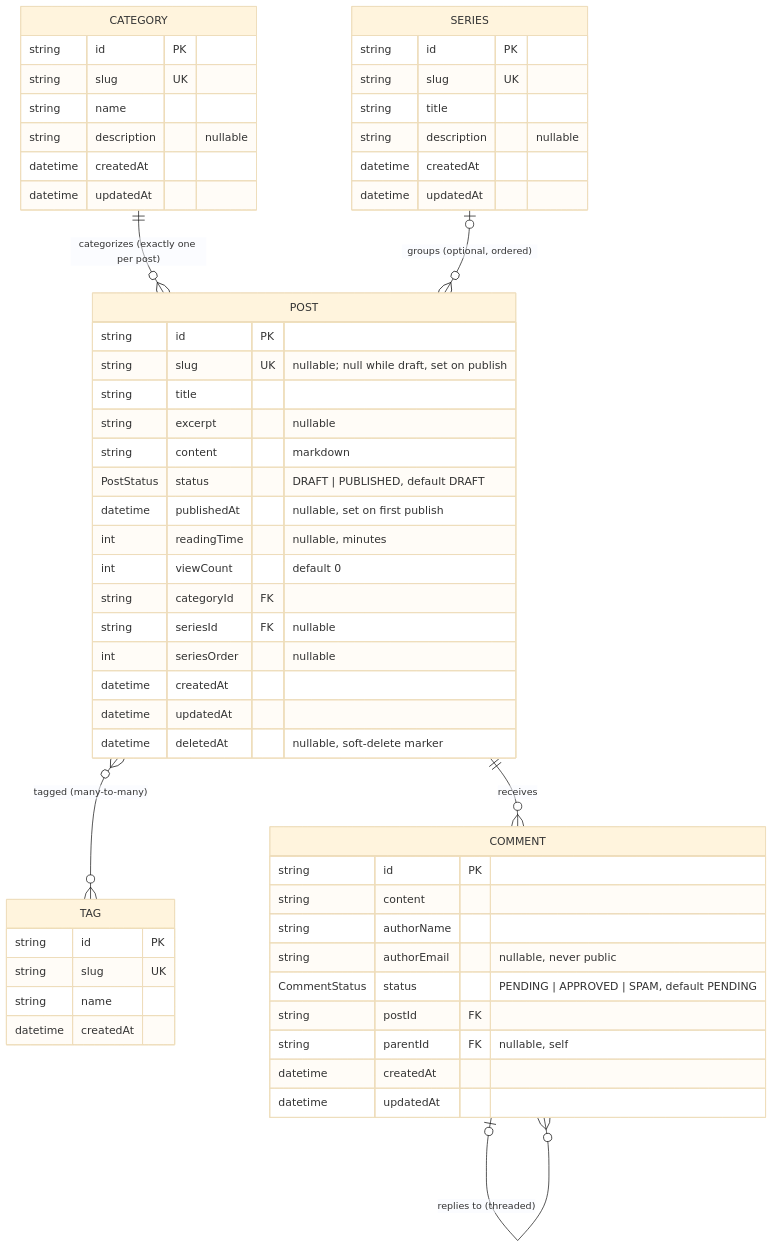
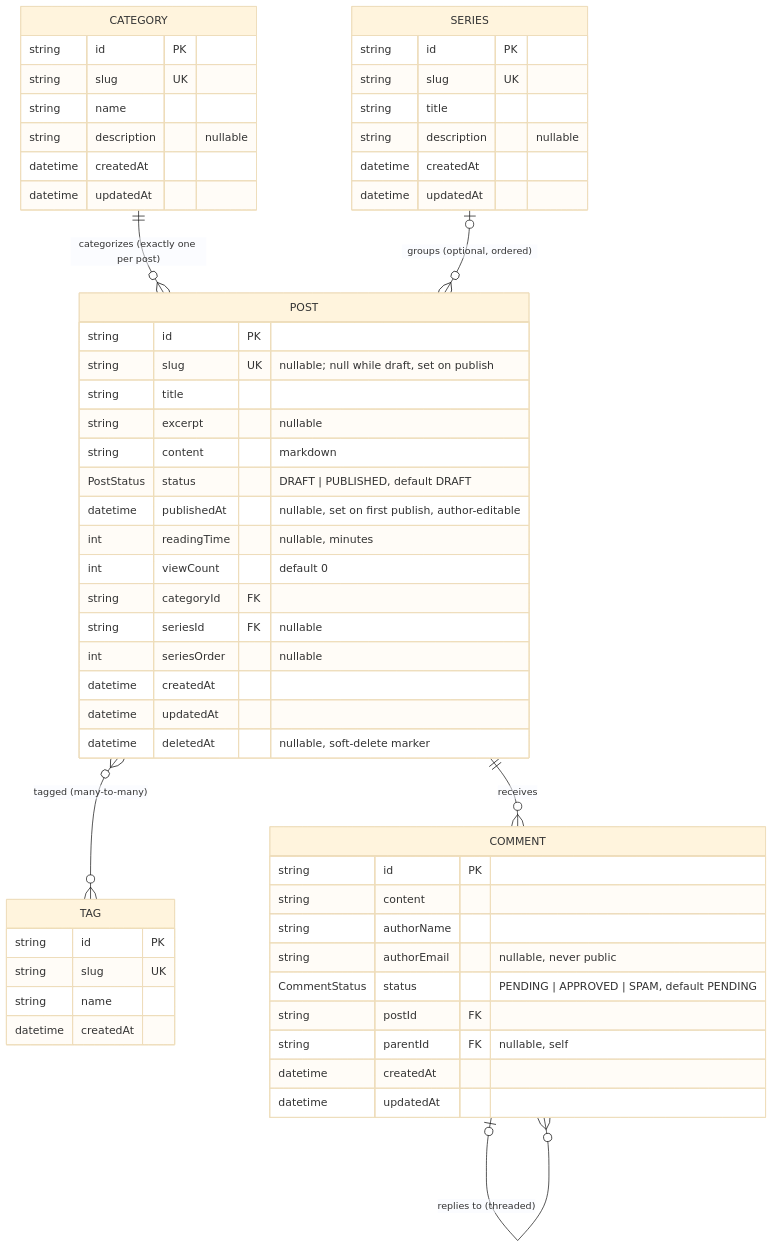
One commit to MASKUN2/inhology changed the diagram in design/domain/README.md. Above: the diagram before and after it, drawn with Mermaid (base theme). The commit also changed 14 other files, not shown here.

First line of the commit message:
feat: author-editable publication date in the post editor

````diff
--- a/design/domain/README.md
+++ b/design/domain/README.md
@@ -19,59 +19,59 @@
 ```mermaid
 erDiagram
     CATEGORY ||--o{ POST : "categorizes (exactly one per post)"
     SERIES   |o--o{ POST : "groups (optional, ordered)"
     POST     }o--o{ TAG : "tagged (many-to-many)"
     POST     ||--o{ COMMENT : "receives"
     COMMENT  |o--o{ COMMENT : "replies to (threaded)"
 
     POST {
         string     id PK
         string     slug UK "nullable; null while draft, set on publish"
         string     title
         string     excerpt "nullable"
         string     content "markdown"
         PostStatus status "DRAFT | PUBLISHED, default DRAFT"
-        datetime   publishedAt "nullable, set on first publish"
+        datetime   publishedAt "nullable, set on first publish, author-editable"
         int        readingTime "nullable, minutes"
         int        viewCount "default 0"
         string     categoryId FK
         string     seriesId FK "nullable"
         int        seriesOrder "nullable"
         datetime   createdAt
         datetime   updatedAt
         datetime   deletedAt "nullable, soft-delete marker"
     }
     CATEGORY {
         string   id PK
         string   slug UK
         string   name
         string   description "nullable"
         datetime createdAt
         datetime updatedAt
     }
     TAG {
         string   id PK
         string   slug UK
         string   name
         datetime createdAt
     }
     SERIES {
         string   id PK
         string   slug UK
         string   title
         string   description "nullable"
         datetime createdAt
         datetime updatedAt
     }
     COMMENT {
         string        id PK
         string        content
         string        authorName
         string        authorEmail "nullable, never public"
         CommentStatus status "PENDING | APPROVED | SPAM, default PENDING"
         string        postId FK
         string        parentId FK "nullable, self"
         datetime      createdAt
         datetime      updatedAt
     }
 ```
````
